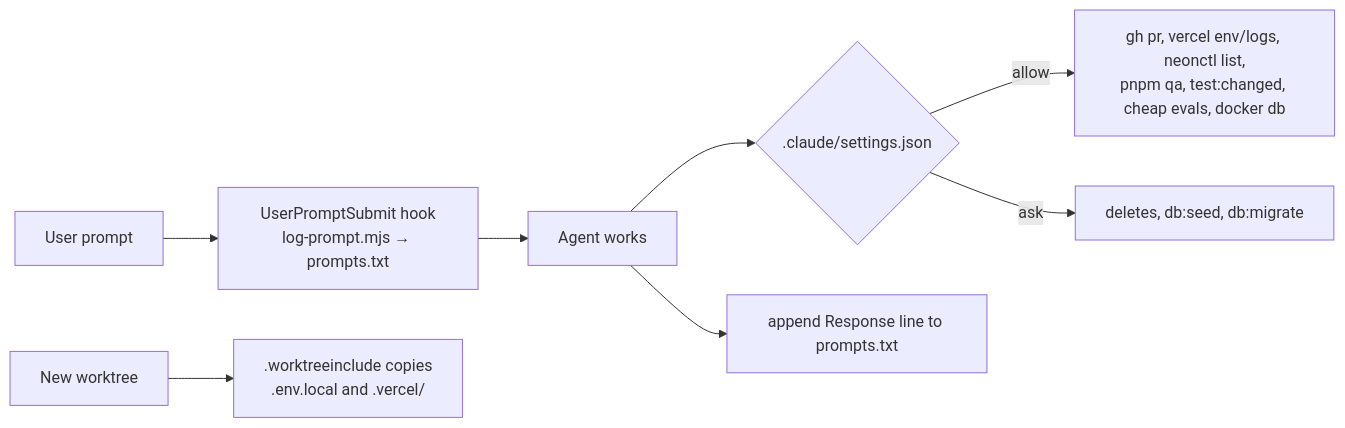
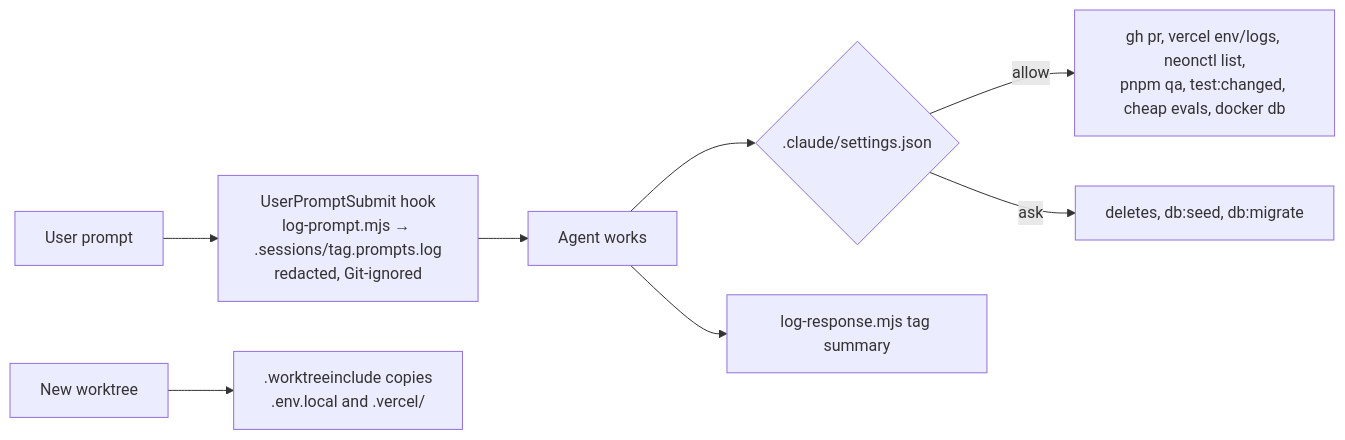
The third of 5 diagrams in docs/harness/dev-loop.md (gaboesquivel/flow-signal), drawn with Mermaid before and after one commit. The commit also changed other lines of this file and 18 other files, not shown here.

First line of the commit message:
chore(flow): align Signal's workflow with Flow main (#33)

````diff
--- a/docs/harness/dev-loop.md
+++ b/docs/harness/dev-loop.md
@@ -41,10 +41,10 @@
 ```mermaid
 flowchart LR
-  P[User prompt] --> HK[UserPromptSubmit hook<br/>log-prompt.mjs → prompts.txt]
+  P[User prompt] --> HK[UserPromptSubmit hook<br/>log-prompt.mjs → .sessions/tag.prompts.log<br/>redacted, Git-ignored]
   HK --> AG[Agent works]
   AG --> PERM{.claude/settings.json}
   PERM -->|allow| AL[gh pr, vercel env/logs, neonctl list,<br/>pnpm qa, test:changed, cheap evals, docker db]
   PERM -->|ask| AS[deletes, db:seed, db:migrate]
   WT[New worktree] --> WI[.worktreeinclude copies<br/>.env.local and .vercel/]
-  AG --> RESP[append Response line to prompts.txt]
+  AG --> RESP[log-response.mjs tag summary]
 ```
````
